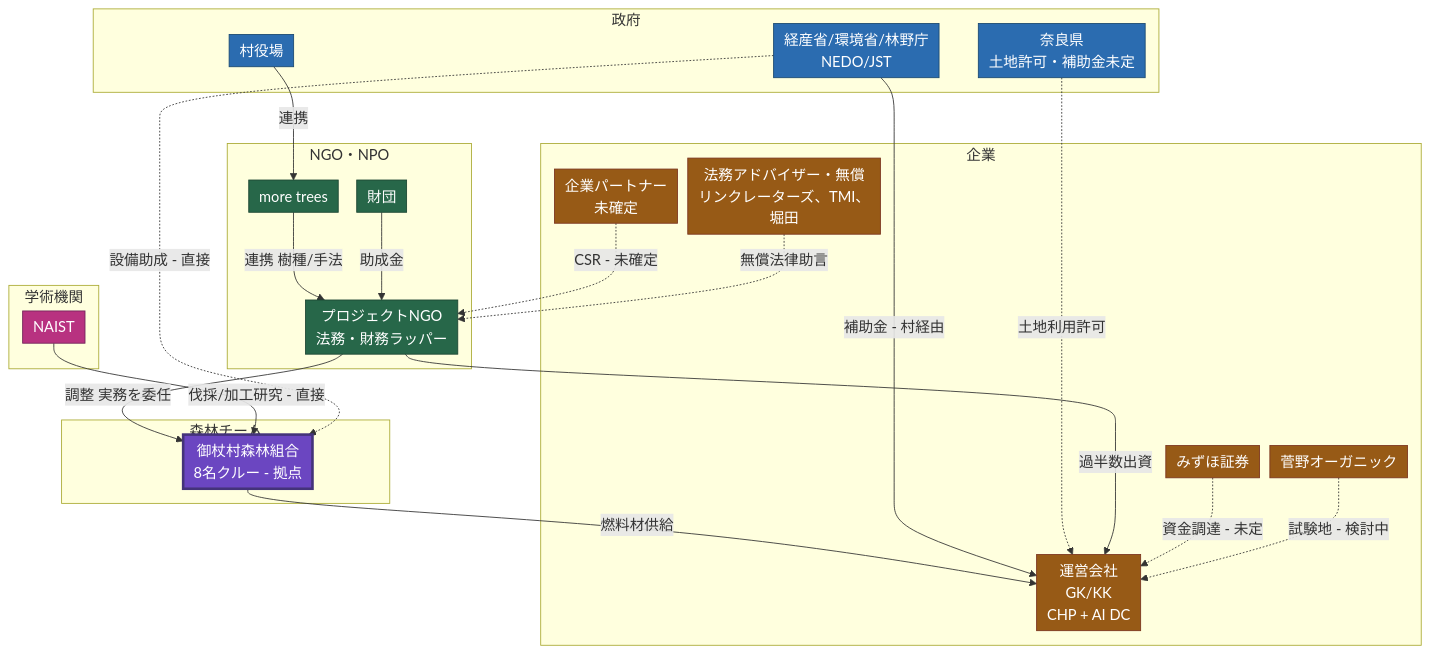
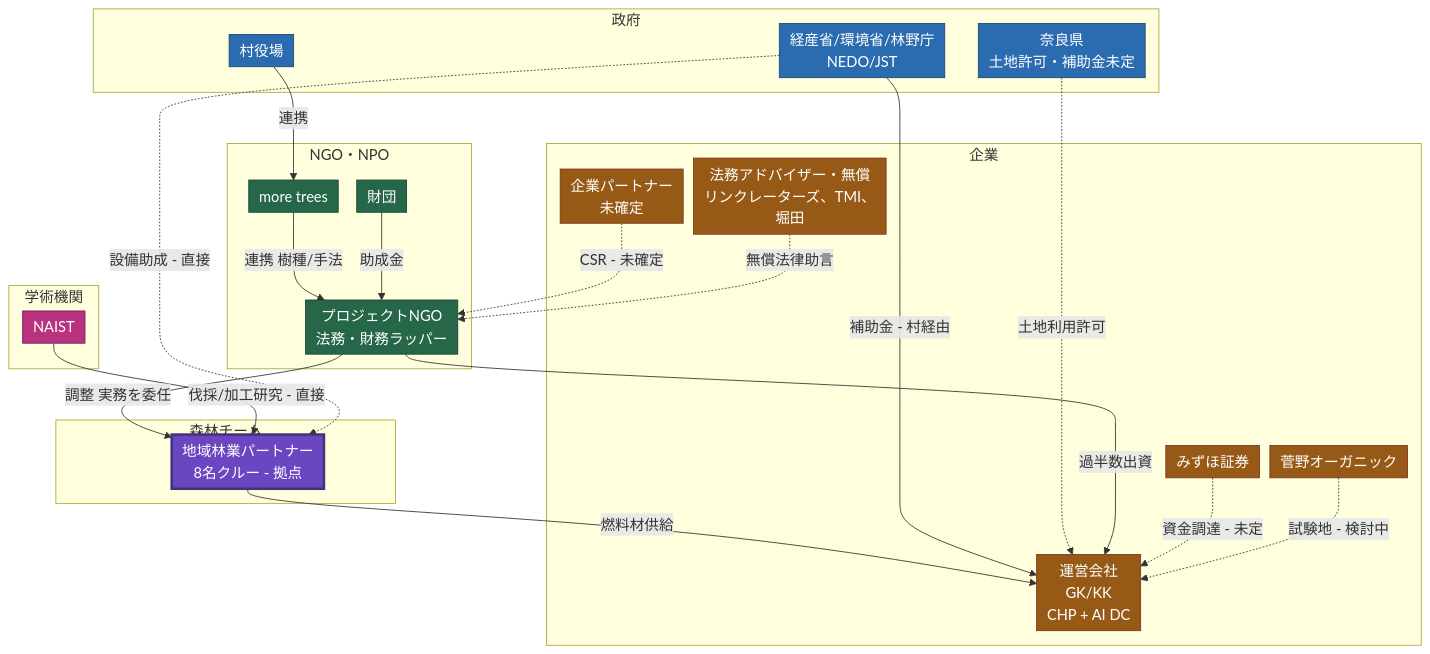
The diagram in docs/meetings/mitsue_stakeholder_network_forest_led_a4_jp.md (robouden/mitsue-ai-data-center), drawn with Mermaid before and after one commit. The commit also changed other lines of this file and 143 other files, not shown here.

````diff
--- a/docs/meetings/mitsue_stakeholder_network_forest_led_a4_jp.md
+++ b/docs/meetings/mitsue_stakeholder_network_forest_led_a4_jp.md
@@ -32,53 +32,53 @@
 ```mermaid
 %%{init: {'flowchart': {'nodeSpacing': 12, 'rankSpacing': 34, 'padding': 6}, 'themeVariables': {'fontSize':'17px'}}}%%
 graph TB
     subgraph Government["政府"]
         VILLAGE["村役場"]
         NARA["奈良県<br/>土地許可・補助金未定"]
         NATIONAL["経産省/環境省/林野庁<br/>NEDO/JST"]
     end
     subgraph NGO_NPO["NGO・NPO"]
         NGO["プロジェクトNGO<br/>法務・財務ラッパー"]
         MORETREES["more trees"]
         FOUND["財団"]
     end
     subgraph Cooperative["森林チーム"]
-        COOP["御杖村森林組合<br/>8名クルー - 拠点"]
+        COOP["地域林業パートナー<br/>8名クルー - 拠点"]
     end
     subgraph Companies["企業"]
         GK["運営会社<br/>GK/KK<br/>CHP + AI DC"]
         MIZUHO["みずほ証券"]
         SUGANO["菅野オーガニック"]
         CORP["企業パートナー<br/>未確定"]
         LEGAL["法務アドバイザー・無償<br/>リンクレーターズ、TMI、堀田"]
     end
     subgraph Academia["学術機関"]
         NAIST["NAIST"]
     end
 
     VILLAGE -->|連携| MORETREES
     MORETREES -->|連携 樹種/手法| NGO
     NGO -->|調整 実務を委任| COOP
     NAIST -->|伐採/加工研究 - 直接| COOP
     COOP -->|燃料材供給| GK
     NATIONAL -->|補助金 - 村経由| GK
     NATIONAL -.->|設備助成 - 直接| COOP
     NARA -.->|土地利用許可| GK
     NGO -->|過半数出資| GK
     FOUND -->|助成金| NGO
     MIZUHO -.->|資金調達 - 未定| GK
     CORP -.->|CSR - 未確定| NGO
     SUGANO -.->|試験地 - 検討中| GK
     LEGAL -.->|無償法律助言| NGO
 
     classDef gov fill:#2b6cb0,color:#fff,stroke:#1a4971,stroke-width:1px
     classDef ngo fill:#276749,color:#fff,stroke:#1c4532,stroke-width:1px
     classDef co fill:#975a16,color:#fff,stroke:#7b341e,stroke-width:1px
     classDef coop fill:#6b46c1,color:#fff,stroke:#44337a,stroke-width:3px
     classDef acad fill:#b83280,color:#fff,stroke:#702459,stroke-width:1px
     class VILLAGE,NARA,NATIONAL gov
     class NGO,MORETREES,FOUND ngo
     class GK,MIZUHO,CORP,SUGANO,LEGAL co
     class COOP coop
     class NAIST acad
 ```
````
